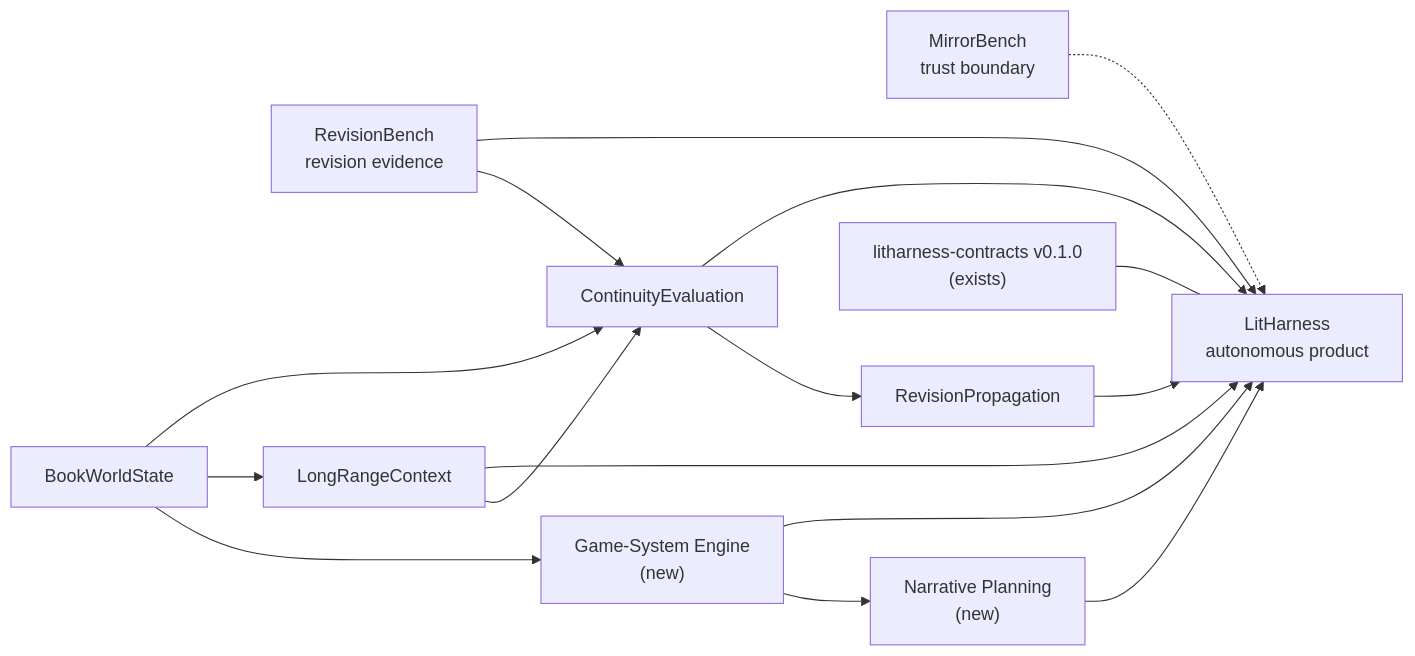
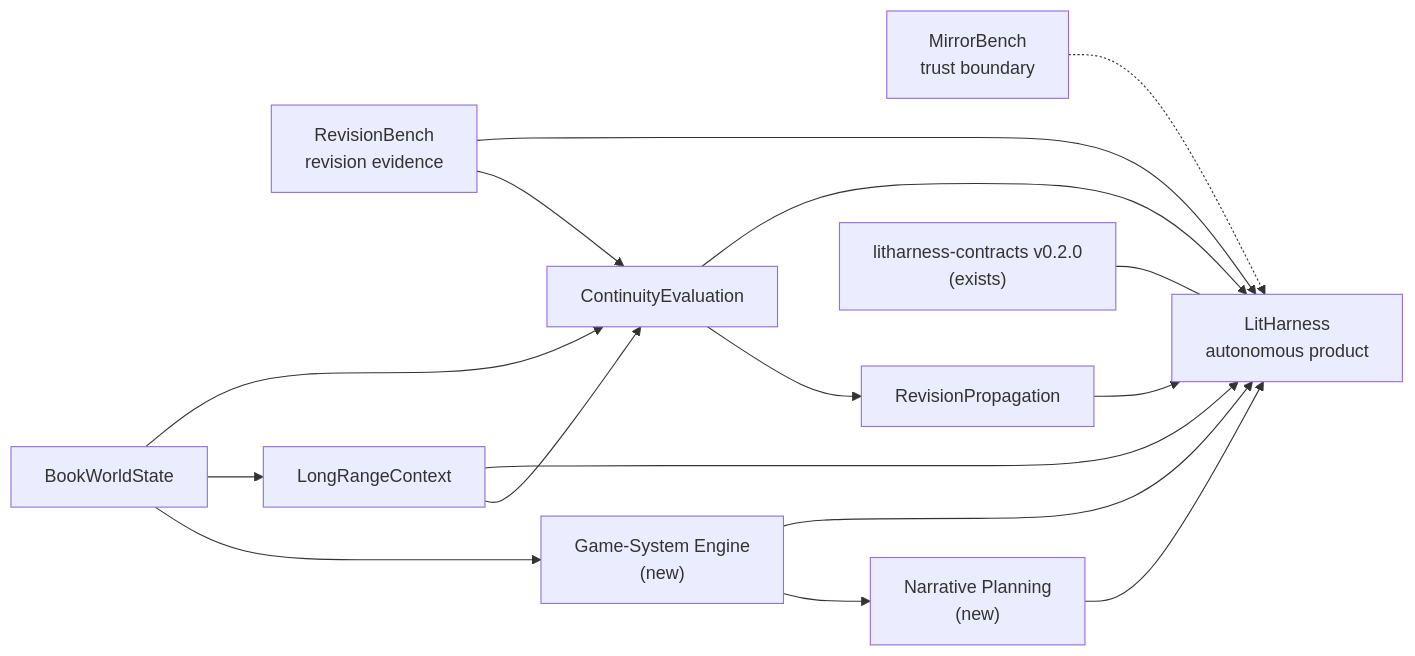
One commit to skulitom/LitHarness changed the diagram in PLAN.md. Above: the diagram before and after it, drawn with Mermaid. The commit also changed other lines of this file and 13 other files, not shown here.

````diff
--- a/PLAN.md
+++ b/PLAN.md
@@ -382,18 +382,18 @@
 ```mermaid
 flowchart LR
   MB["MirrorBench<br/>trust boundary"] -.-> LH["LitHarness<br/>autonomous product"]
   RB["RevisionBench<br/>revision evidence"] --> CE["ContinuityEvaluation"]
   RB --> LH
   BWS["BookWorldState"] --> GSE["Game-System Engine<br/>(new)"]
   BWS --> LRC["LongRangeContext"]
   BWS --> CE
   GSE --> NP["Narrative Planning<br/>(new)"]
   GSE --> LH
   NP --> LH
   LRC --> CE
   LRC --> LH
   CE --> RP["RevisionPropagation"]
   CE --> LH
   RP --> LH
-  CONTRACTS["litharness-contracts v0.1.0<br/>(exists)"] --- LH
+  CONTRACTS["litharness-contracts v0.2.0<br/>(exists)"] --- LH
 ```
````
